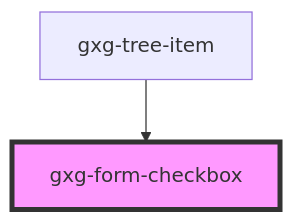
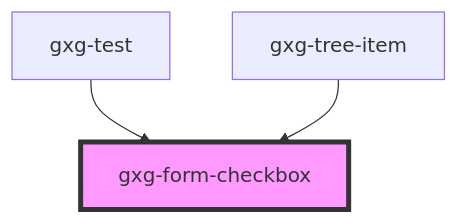
One commit to genexuslabs/gemini changed the diagram in src/components/form-checkbox/readme.md. Above: the diagram before and after it, drawn with Mermaid. The commit also changed other lines of this file and 10 other files, not shown here.

````diff
--- a/src/components/form-checkbox/readme.md
+++ b/src/components/form-checkbox/readme.md
@@ -40,5 +42,6 @@
 ```mermaid
 graph TD;
+  gxg-test --> gxg-form-checkbox
   gxg-tree-item --> gxg-form-checkbox
   style gxg-form-checkbox fill:#f9f,stroke:#333,stroke-width:4px
 ```
````
